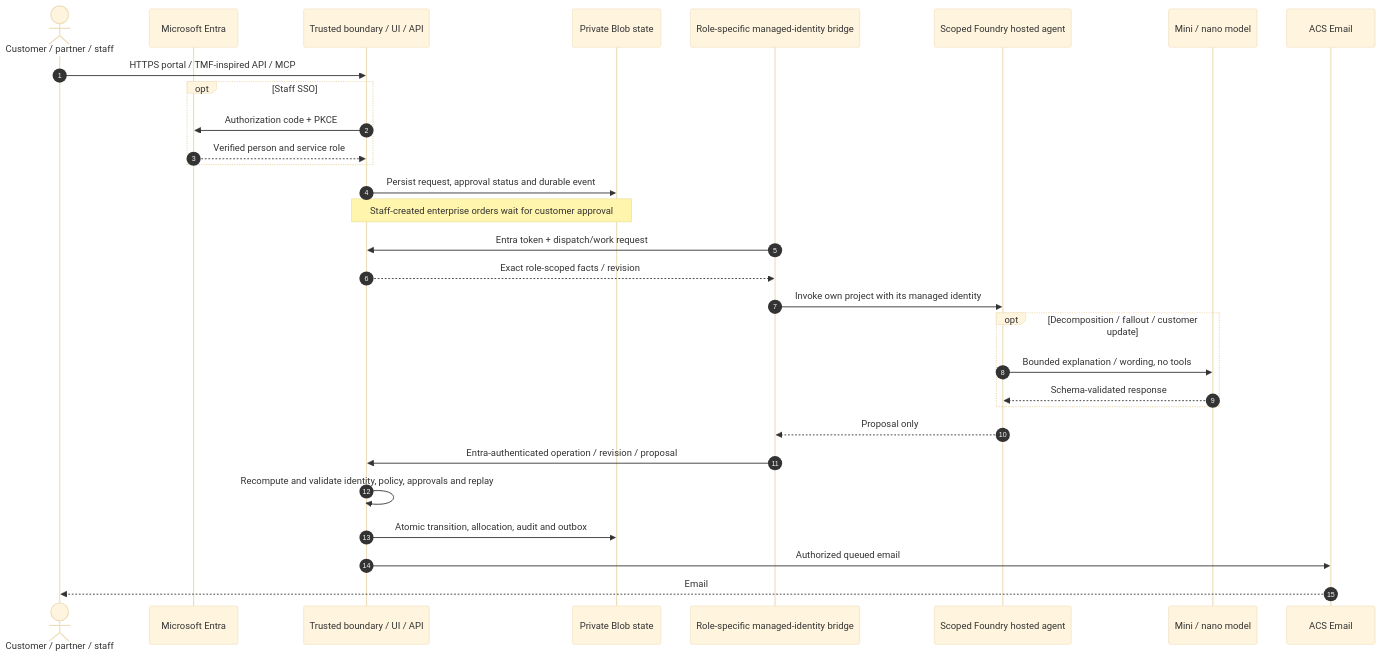
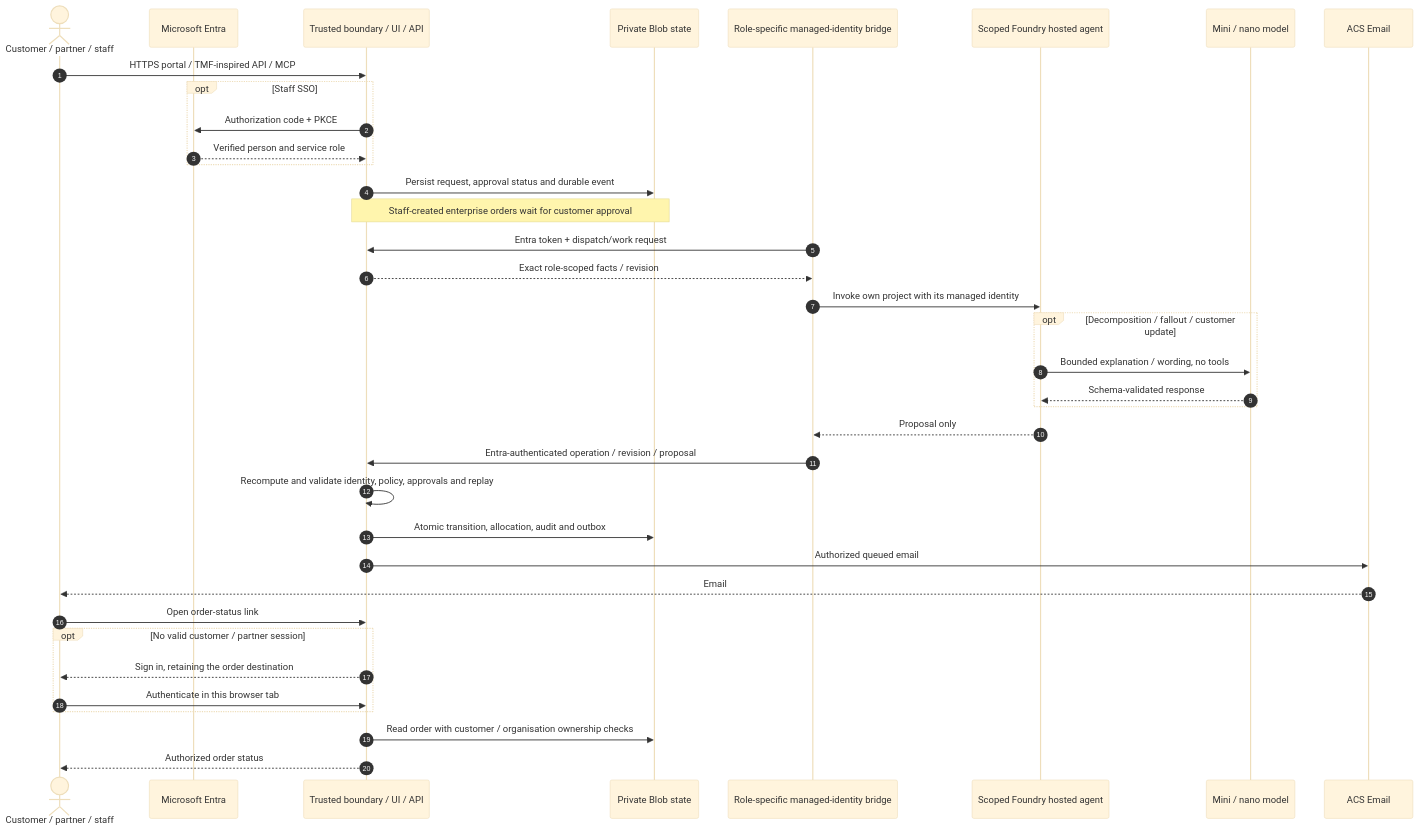
The diagram in docs/azure-architecture.md (m-haider-raza/AMA-Telecom-Order-to-Activation), drawn with Mermaid (base theme) before and after one commit. The commit also changed other lines of this file and 17 other files, not shown here.

First line of the commit message:
Require customer sign-in for order status links

````diff
--- a/docs/azure-architecture.md
+++ b/docs/azure-architecture.md
@@ -97,32 +101,39 @@
 ```mermaid
 sequenceDiagram
   autonumber
   actor Person as Customer / partner / staff
   participant Entra as Microsoft Entra
   participant Boundary as Trusted boundary / UI / API
   participant State as Private Blob state
   participant Bridge as Role-specific managed-identity bridge
   participant Hosted as Scoped Foundry hosted agent
   participant Model as Mini / nano model
   participant ACS as ACS Email
   Person->>Boundary: HTTPS portal / TMF-inspired API / MCP
   opt Staff SSO
     Boundary->>Entra: Authorization code + PKCE
     Entra-->>Boundary: Verified person and service role
   end
   Boundary->>State: Persist request, approval status and durable event
   Note over Boundary,State: Staff-created enterprise orders wait for customer approval
   Bridge->>Boundary: Entra token + dispatch/work request
   Boundary-->>Bridge: Exact role-scoped facts / revision
   Bridge->>Hosted: Invoke own project with its managed identity
   opt Decomposition / fallout / customer update
     Hosted->>Model: Bounded explanation / wording, no tools
     Model-->>Hosted: Schema-validated response
   end
   Hosted-->>Bridge: Proposal only
   Bridge->>Boundary: Entra-authenticated operation / revision / proposal
   Boundary->>Boundary: Recompute and validate identity, policy, approvals and replay
   Boundary->>State: Atomic transition, allocation, audit and outbox
   Boundary->>ACS: Authorized queued email
   ACS-->>Person: Email
+  Person->>Boundary: Open order-status link
+  opt No valid customer / partner session
+    Boundary-->>Person: Sign in, retaining the order destination
+    Person->>Boundary: Authenticate in this browser tab
+  end
+  Boundary->>State: Read order with customer / organisation ownership checks
+  Boundary-->>Person: Authorized order status
 ```
````
